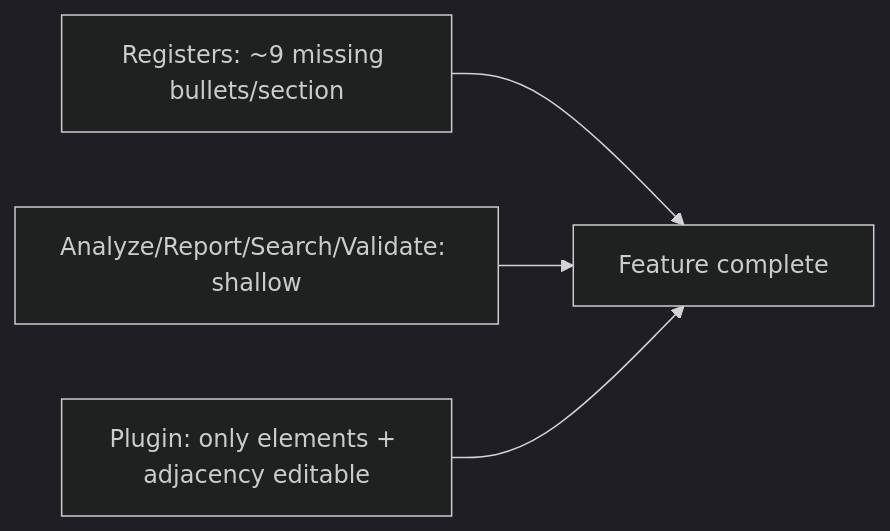
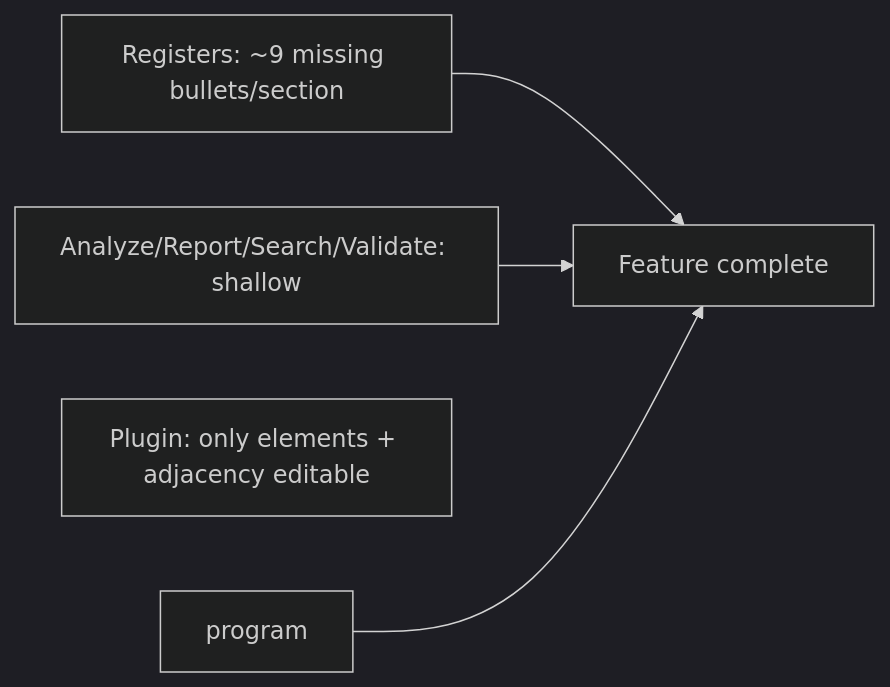
One commit to usalu/semio changed the diagram in .cursor/plans/architect_feature_complete_c6d983ac.plan.md. Above: the diagram before and after it, drawn with Mermaid (dark theme). The commit also changed other lines of this file and 1361 other files, not shown here.

````diff
--- a/.cursor/plans/architect_feature_complete_c6d983ac.plan.md
+++ b/.cursor/plans/architect_feature_complete_c6d983ac.plan.md
@@ -34,9 +34,9 @@
 ```mermaid
 flowchart LR
   fields["Registers: ~9 missing bullets/section"]
   behavior["Analyze/Report/Search/Validate: shallow"]
   plugin["Plugin: only elements + adjacency editable"]
   fields --> complete["Feature complete"]
   behavior --> complete
-  plugin --> complete
+  program --> complete
 ```
````
